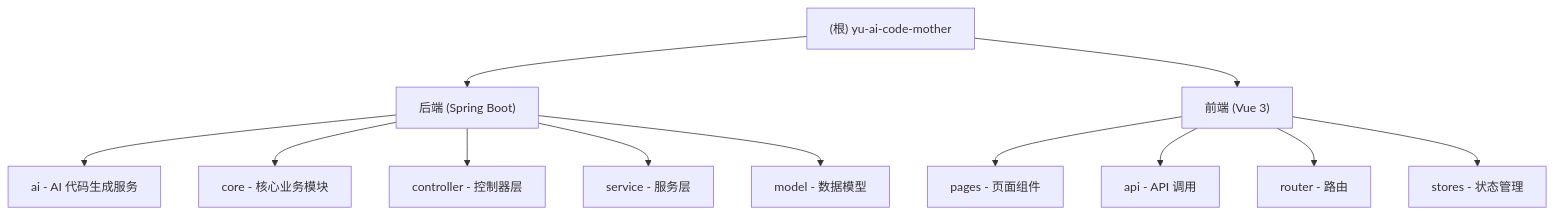
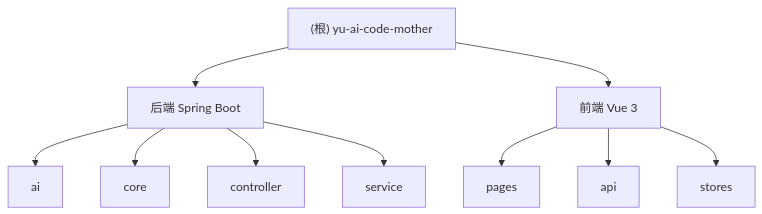
The diagram in CLAUDE.md (wanxiang244/CodeZeroAgentPlatform), drawn with Mermaid before and after one commit. The commit also changed other lines of this file and 8 other files, not shown here.

````diff
--- a/CLAUDE.md
+++ b/CLAUDE.md
@@ -61,18 +56,13 @@
 ```mermaid
 graph TD
-    A["(根) yu-ai-code-mother"] --> B["后端 (Spring Boot)"]
-    A --> C["前端 (Vue 3)"]
-
-    B --> B1["ai - AI 代码生成服务"]
-    B --> B2["core - 核心业务模块"]
-    B --> B3["controller - 控制器层"]
-    B --> B4["service - 服务层"]
-    B --> B5["model - 数据模型"]
-
-    C --> C1["pages - 页面组件"]
-    C --> C2["api - API 调用"]
-    C --> C3["router - 路由"]
-    C --> C4["stores - 状态管理"]
-
-    click C "./yu-ai-code-mother-frontend/CLAUDE.md" "查看前端模块文档"
+    A["(根) yu-ai-code-mother"] --> B["后端 Spring Boot"]
+    A --> C["前端 Vue 3"]
+    B --> B1["ai"]
+    B --> B2["core"]
+    B --> B3["controller"]
+    B --> B4["service"]
+    C --> C1["pages"]
+    C --> C2["api"]
+    C --> C3["stores"]
+    click C "./yu-ai-code-mother-frontend/CLAUDE.md" "查看前端文档"
 ```
````
